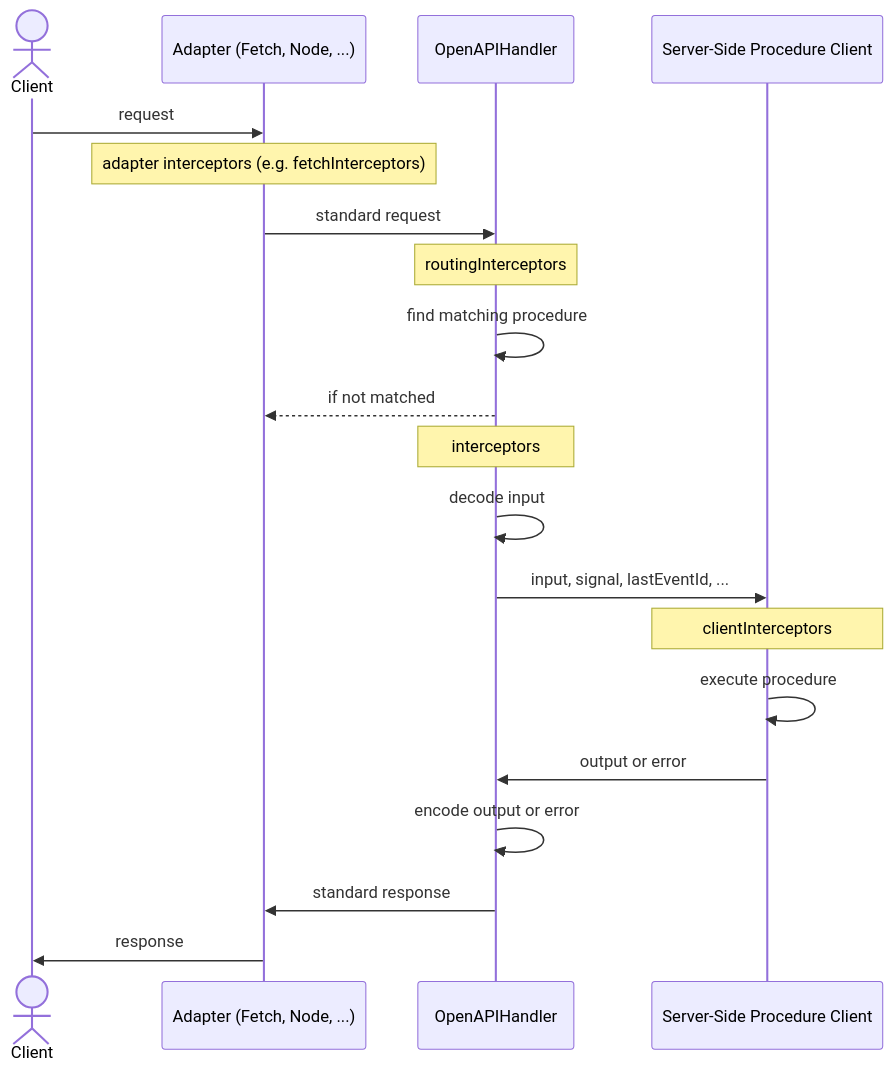
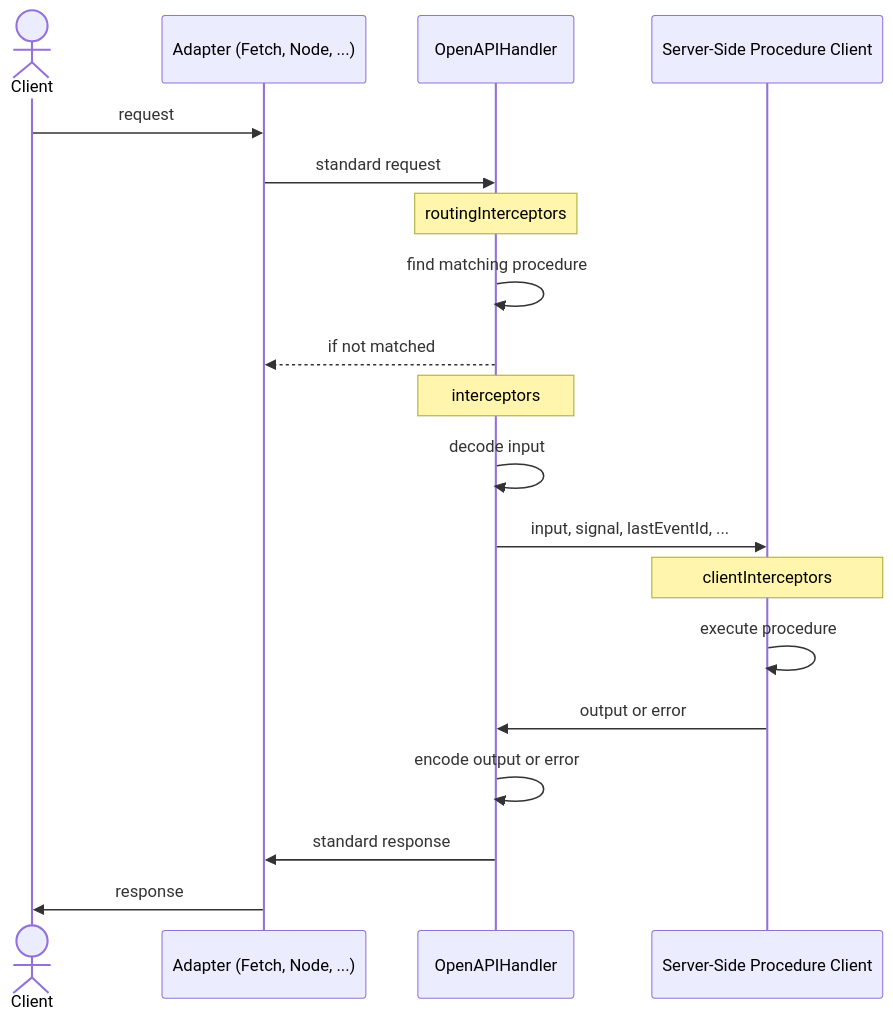
One commit to dinwwwh/orpc changed the diagram in apps/content/docs/openapi/handler.mdx. Above: the diagram before and after it, drawn with Mermaid. The commit also changed other lines of this file and 46 other files, not shown here.

First line of the commit message:
refactor!: remove adapter interceptors and adapter plugins

````diff
--- a/apps/content/docs/openapi/handler.mdx
+++ b/apps/content/docs/openapi/handler.mdx
@@ -334,23 +315,22 @@
 ```mermaid
 sequenceDiagram
   actor Client
   participant Adapter as Adapter (Fetch, Node, ...)
   participant Handler as OpenAPIHandler
   participant Procedure as Server-Side Procedure Client
 
   Client ->> Adapter: request
-  Note over Adapter: adapter interceptors (e.g. fetchInterceptors)
   Adapter ->> Handler: standard request
   Note over Handler: routingInterceptors
   Handler ->> Handler: find matching procedure
   Handler -->> Adapter: if not matched
   Note over Handler: interceptors
   Handler ->> Handler: decode input
   Handler ->> Procedure: input, signal, lastEventId, ...
   Note over Procedure: clientInterceptors
   Procedure ->> Procedure: execute procedure
   Procedure ->> Handler: output or error
   Handler ->> Handler: encode output or error
   Handler ->> Adapter: standard response
   Adapter ->> Client: response
 ```
````
